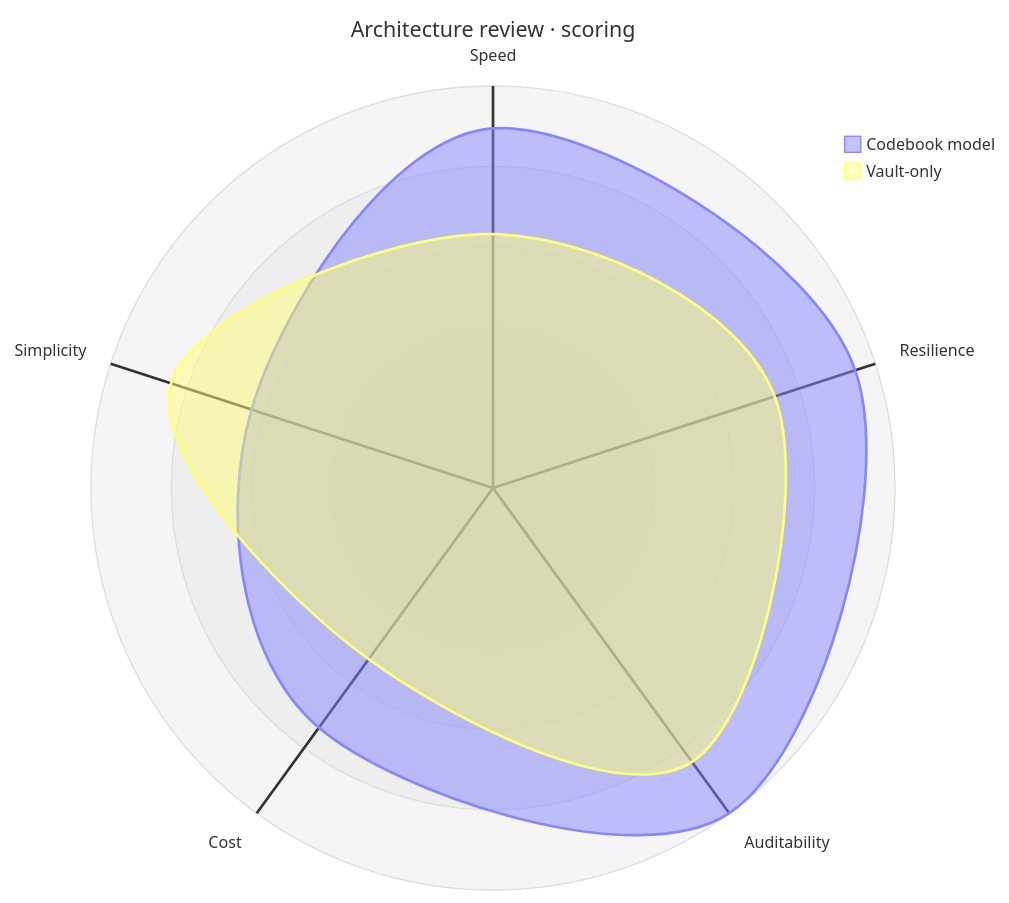
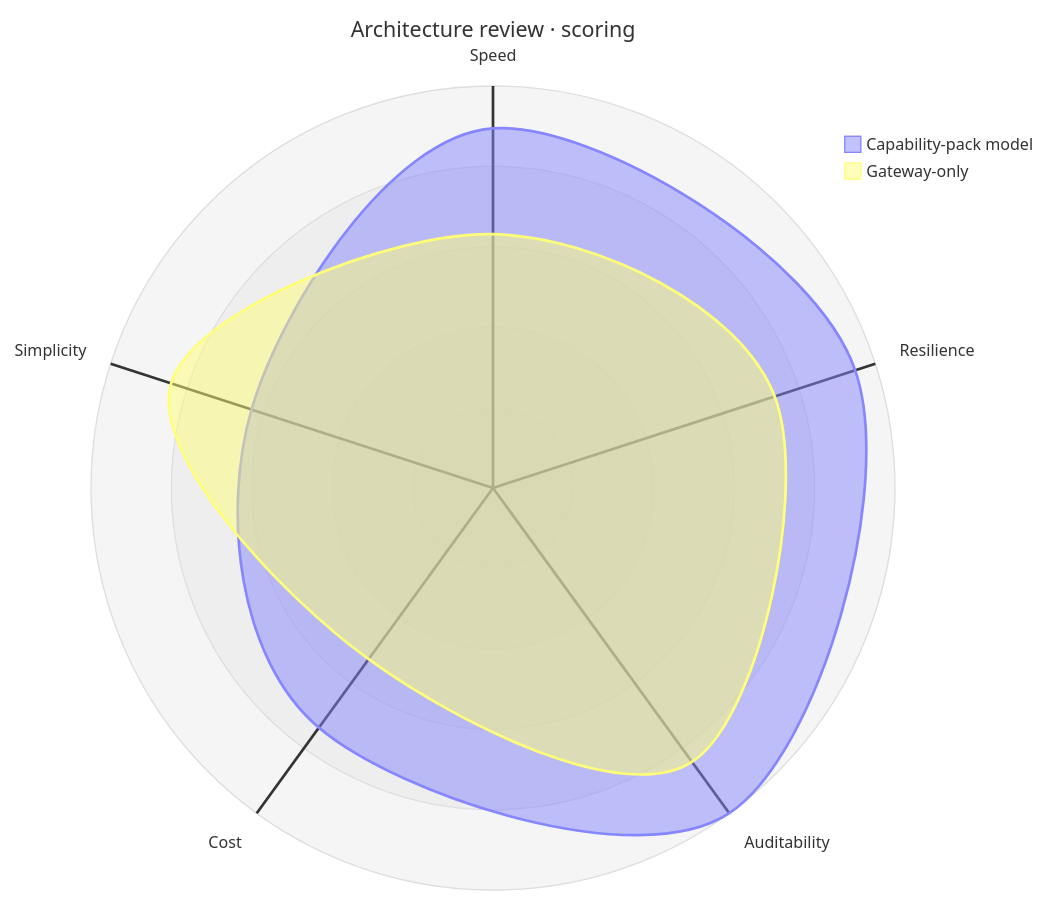
Diagram 21 of 25 in lib/components/diagram/diagram/diagram.gallery.md (SlideWright/lattice), drawn with Mermaid before and after one commit. The commit also changed other lines of this file and 75 other files, not shown here.

````diff
--- a/lib/components/diagram/diagram/diagram.gallery.md
+++ b/lib/components/diagram/diagram/diagram.gallery.md
@@ -612,7 +612,7 @@
 ```mermaid
 radar-beta
   title Architecture review · scoring
   axis Speed, Resilience, Auditability, Cost, Simplicity
-  curve Codebook["Codebook model"]{85, 90, 95, 70, 60}
-  curve Vault["Vault-only"]{60, 70, 80, 50, 80}
+  curve Edge["Capability-pack model"]{85, 90, 95, 70, 60}
+  curve Gateway["Gateway-only"]{60, 70, 80, 50, 80}
 ```
````
